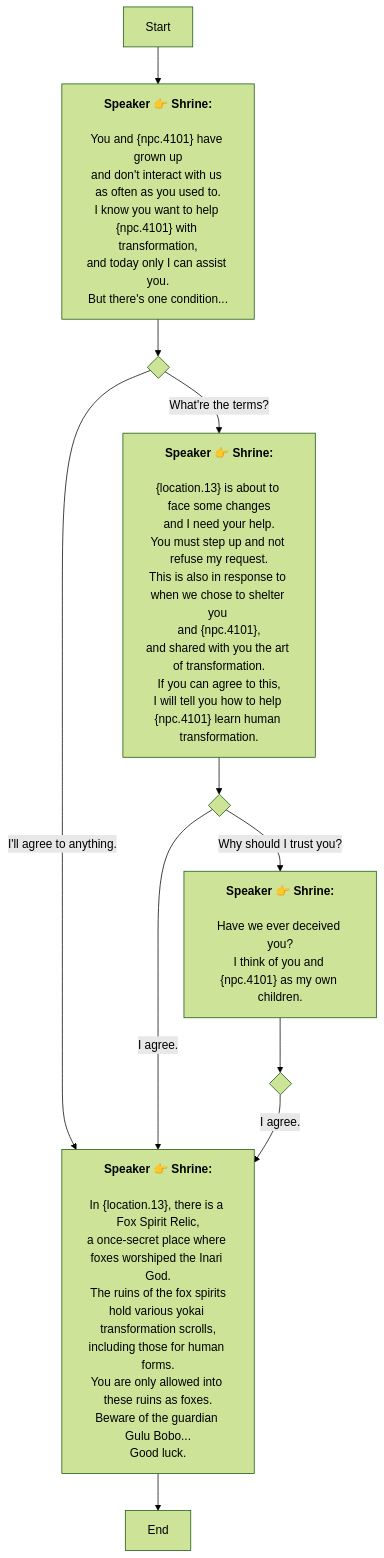
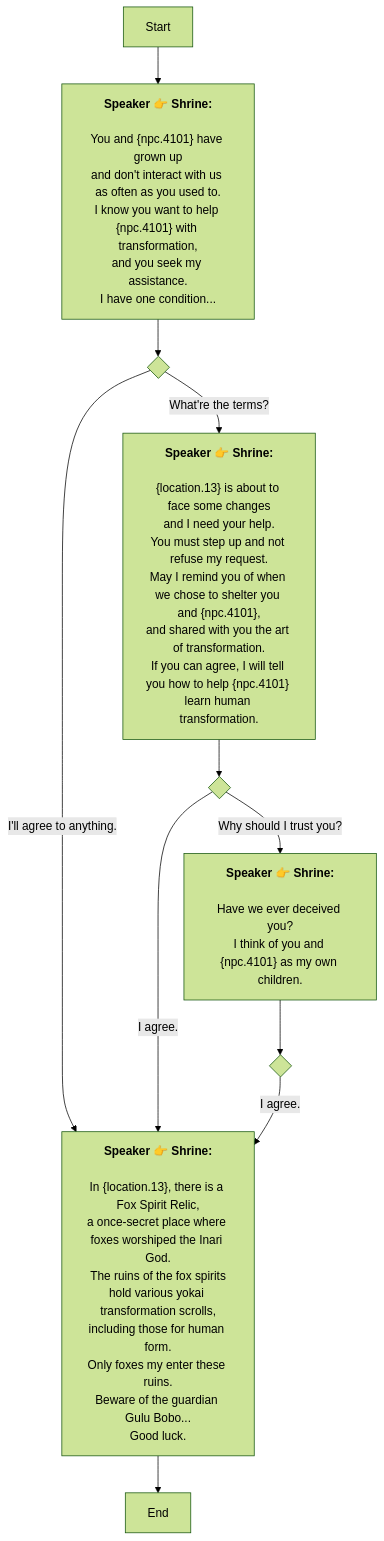
The diagram in En/QuestTalkObjectiveNode_1738550119098627.md (SoftHu/tos_avg), drawn with Mermaid (forest theme) before and after one commit. The commit also changed 297 other files, not shown here.

````diff
--- a/En/QuestTalkObjectiveNode_1738550119098627.md
+++ b/En/QuestTalkObjectiveNode_1738550119098627.md
@@ -1,59 +1,58 @@
 ```mermaid
 graph
 Start -->1738550145333510[<b>Speaker 👉 Shrine:</b>
 
 You and &lbrace;npc.4101&rbrace; have grown up
 and don't interact with us as often as you used to.
 I know you want to help &lbrace;npc.4101&rbrace; with transformation,
-and today only I can assist you.
-But there's one condition...]
+and you seek my assistance.
+I have one condition...]
 1738550145333510 -->1738550565798151{ }
 1738550565798151 -->|What're the terms?|1738550618203404[<b>Speaker 👉 Shrine:</b>
 
 &lbrace;location.13&rbrace; is about to face some changes
 and I need your help.
 You must step up and not refuse my request.
-This is also in response to when we chose to shelter you 
+May I remind you of when we chose to shelter you 
 and &lbrace;npc.4101&rbrace;,
 and shared with you the art of transformation.
-If you can agree to this,
-I will tell you how to help &lbrace;npc.4101&rbrace; learn human transformation.]
+If you can agree, I will tell you how to help &lbrace;npc.4101&rbrace; learn human transformation.]
 1738550565798151 -->|I'll agree to anything.|1738550822708499[<b>Speaker 👉 Shrine:</b>
 
 In &lbrace;location.13&rbrace;, there is a Fox Spirit Relic,
 a once-secret place where foxes worshiped the Inari God.
 The ruins of the fox spirits
 hold various yokai transformation scrolls,
-including those for human forms.
-You are only allowed into these ruins as foxes.
+including those for human form.
+Only foxes my enter these ruins.
 Beware of the guardian Gulu Bobo...
 Good luck.]
 1738550618203404 -->1738550730254605{ }
 1738550730254605 -->|Why should I trust you?|1738550764796178[<b>Speaker 👉 Shrine:</b>
 
 Have we ever deceived you?
 I think of you and &lbrace;npc.4101&rbrace; as my own children.]
 1738550730254605 -->|I agree.|1738550822708499[<b>Speaker 👉 Shrine:</b>
 
 In &lbrace;location.13&rbrace;, there is a Fox Spirit Relic,
 a once-secret place where foxes worshiped the Inari God.
 The ruins of the fox spirits
 hold various yokai transformation scrolls,
-including those for human forms.
-You are only allowed into these ruins as foxes.
+including those for human form.
+Only foxes my enter these ruins.
 Beware of the guardian Gulu Bobo...
 Good luck.]
 1738550764796178 -->1738550844145941{ }
 1738550844145941 -->|I agree.|1738550822708499[<b>Speaker 👉 Shrine:</b>
 
 In &lbrace;location.13&rbrace;, there is a Fox Spirit Relic,
 a once-secret place where foxes worshiped the Inari God.
 The ruins of the fox spirits
 hold various yokai transformation scrolls,
-including those for human forms.
-You are only allowed into these ruins as foxes.
+including those for human form.
+Only foxes my enter these ruins.
 Beware of the guardian Gulu Bobo...
 Good luck.]
 1738550822708499 -->1738550989306136[End]
 
  ```
````
